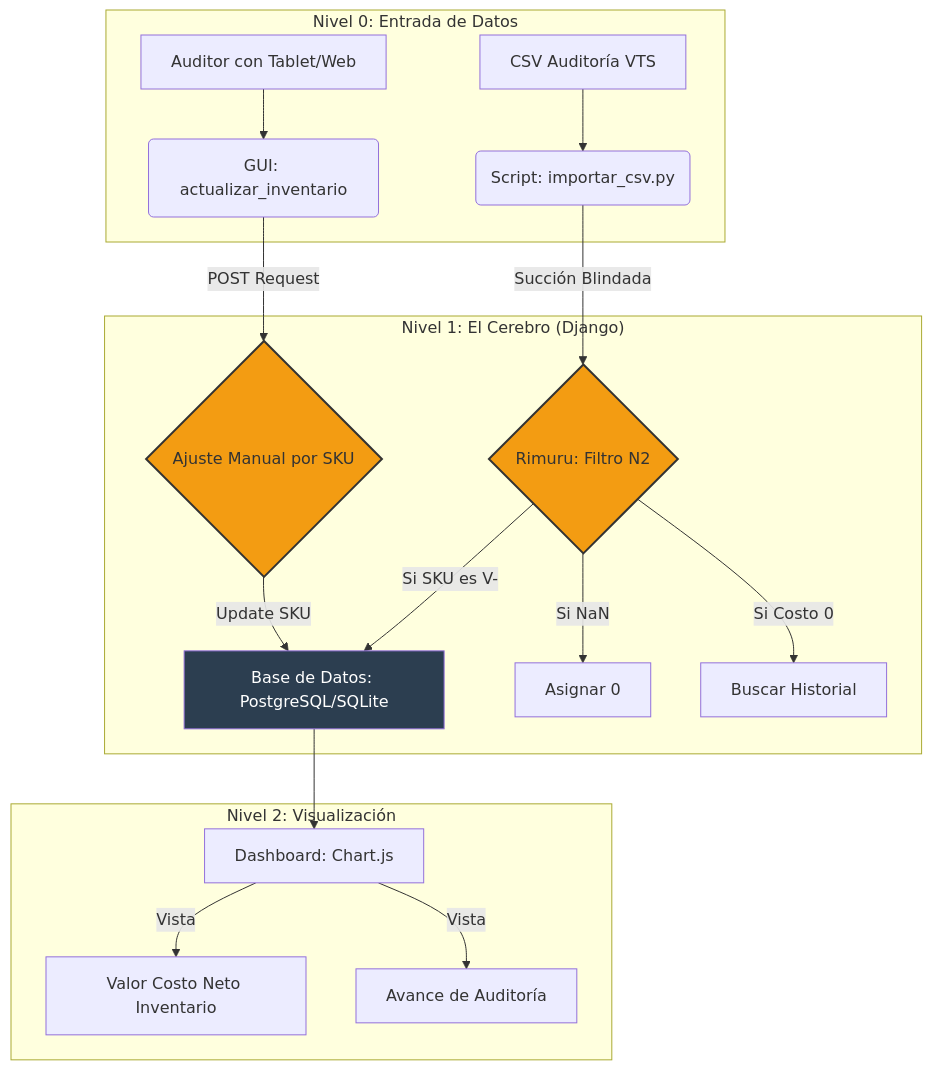
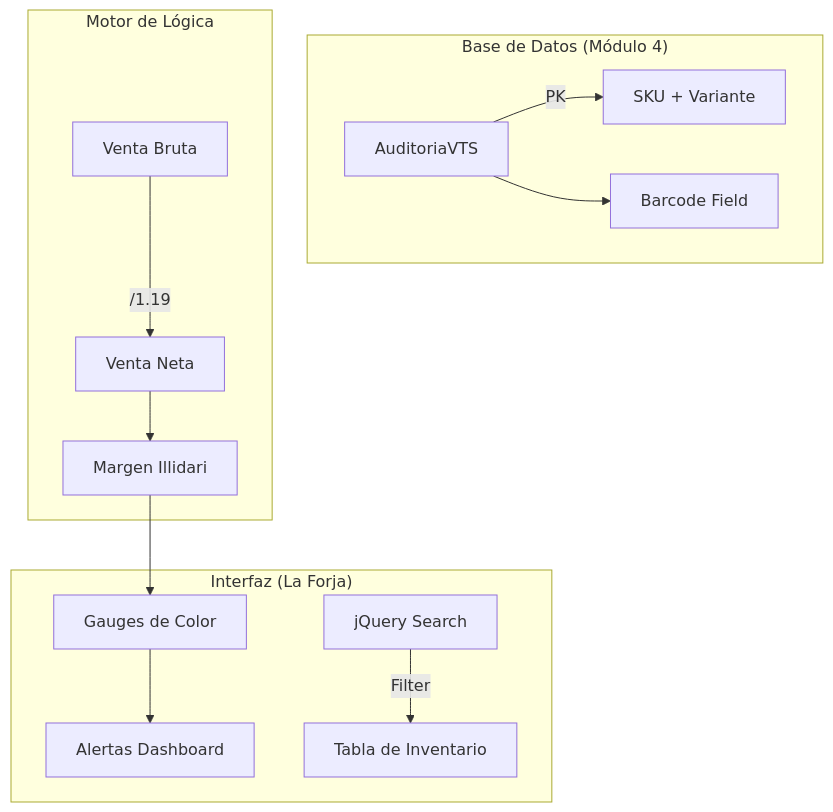
The diagram in readme.md (Iridah/terminal-vts), drawn with Mermaid before and after one commit. The commit also changed 16 other files, not shown here.

Commit message:
Final submodulo de desarrollo: Sistema de alertas, lógica de IVA y buscador jQuery

````diff
--- a/readme.md
+++ b/readme.md
@@ -25,26 +25,18 @@
 ```mermaid
 graph TD
-    subgraph "Nivel 0: Entrada de Datos"
-        A[CSV Auditoría VTS] --> B(Script: importar_csv.py)
-        H[Auditor con Tablet/Web] --> I(GUI: actualizar_inventario)
+    subgraph "Base de Datos (Módulo 4)"
+        A[AuditoriaVTS] -->|PK| B[SKU + Variante]
+        A --> C[Barcode Field]
     end
-
-    subgraph "Nivel 1: El Cerebro (Django)"
-        B -->|Succión Blindada| C{Rimuru: Filtro N2}
-        I -->|POST Request| J{Ajuste Manual por SKU}
-        C -->|Si SKU es V-| D[Base de Datos: PostgreSQL/SQLite]
-        C -->|Si NaN| E[Asignar 0]
-        C -->|Si Costo 0| F[Buscar Historial]
-        J -->|Update SKU| D
+    
+    subgraph "Motor de Lógica"
+        D[Venta Bruta] -->|/1.19| E[Venta Neta]
+        E --> F[Margen Illidari]
     end
-
-    subgraph "Nivel 2: Visualización"
-        D --> G[Dashboard: Chart.js]
-        G -->|Vista| K[Valor Costo Neto Inventario]
-        G -->|Vista| L[Avance de Auditoría]
+    
+    subgraph "Interfaz (La Forja)"
+        F --> G[Gauges de Color]
+        G --> H[Alertas Dashboard]
+        J[jQuery Search] -->|Filter| K[Tabla de Inventario]
     end
-
-    style C fill:#f39c12,stroke:#333,stroke-width:2px
-    style J fill:#f39c12,stroke:#333,stroke-width:2px
-    style D fill:#2c3e50,color:#fff
 ```
````
